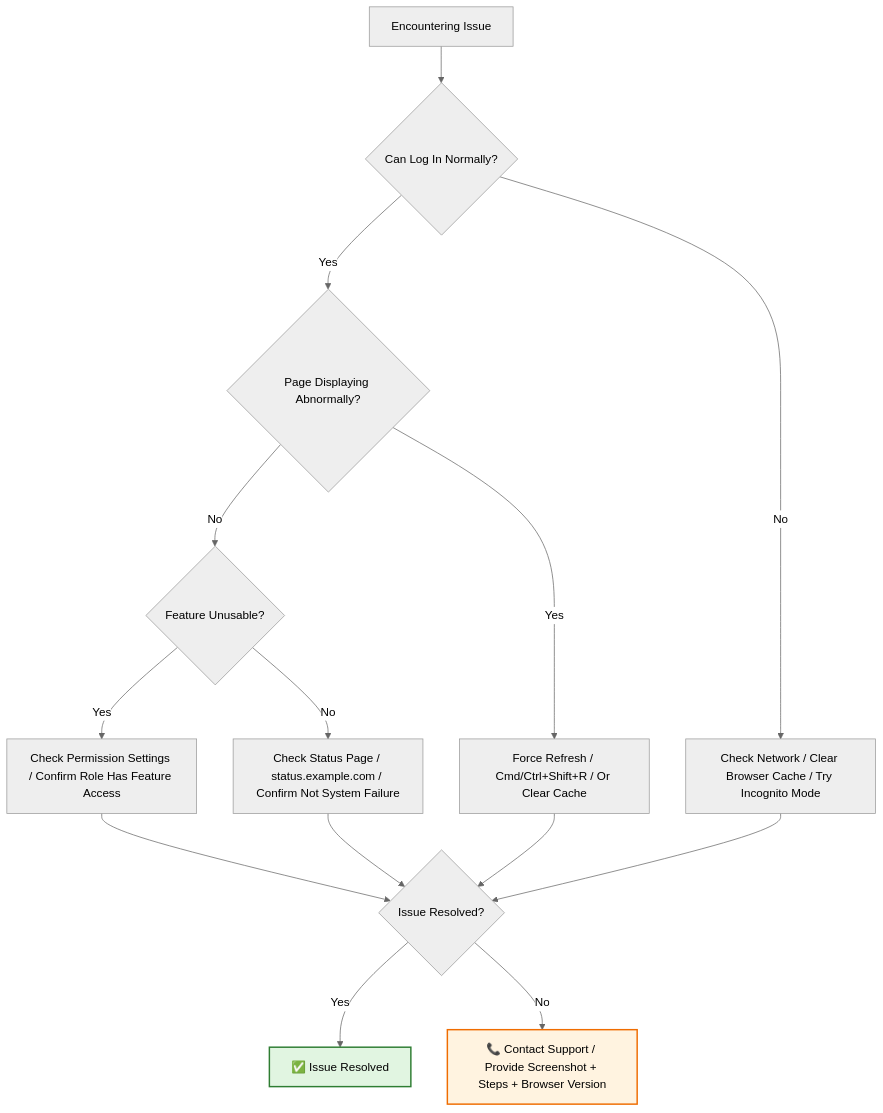
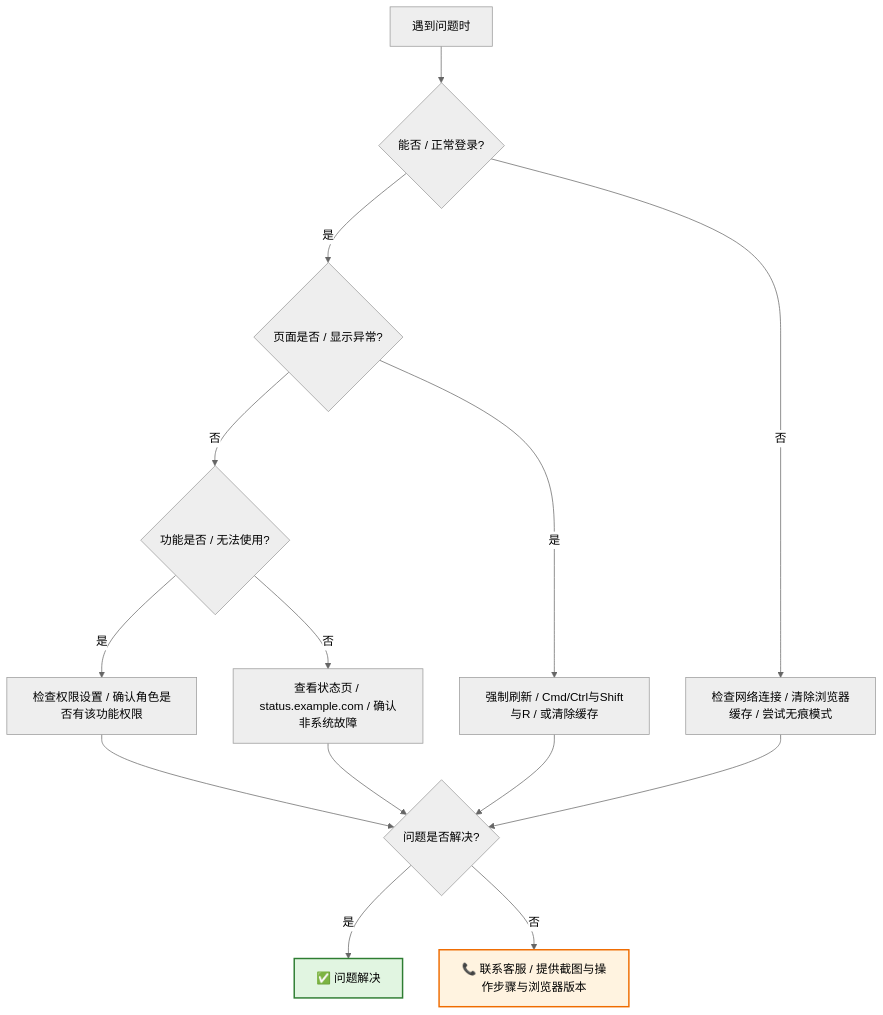
The seventh of 7 diagrams in templates/Product/Operations/Template-User-Guide.md (Kirky-X/cangjie), drawn with Mermaid (neutral theme) before and after one commit. The commit also changed other lines of this file and 33 other files, not shown here.

````diff
--- a/templates/Product/Operations/Template-User-Guide.md
+++ b/templates/Product/Operations/Template-User-Guide.md
@@ -451,19 +464,19 @@
 ```mermaid
 flowchart TD
-    A[Encountering Issue] --> B{Can Log In Normally?}
-    B -->|No| C[Check Network / Clear Browser Cache / Try Incognito Mode]
-    B -->|Yes| D{Page Displaying Abnormally?}
-    D -->|Yes| E[Force Refresh / Cmd/Ctrl+Shift+R / Or Clear Cache]
-    D -->|No| F{Feature Unusable?}
-    F -->|Yes| G[Check Permission Settings / Confirm Role Has Feature Access]
-    F -->|No| H[Check Status Page / status.example.com / Confirm Not System Failure]
-    G --> I{Issue Resolved?}
+    A[遇到问题时] --> B{能否 / 正常登录?}
+    B -->|否| C[检查网络连接 / 清除浏览器缓存 / 尝试无痕模式]
+    B -->|是| D{页面是否 / 显示异常?}
+    D -->|是| E[强制刷新 / Cmd/Ctrl与Shift与R / 或清除缓存]
+    D -->|否| F{功能是否 / 无法使用?}
+    F -->|是| G[检查权限设置 / 确认角色是否有该功能权限]
+    F -->|否| H[查看状态页 / status.example.com / 确认非系统故障]
+    G --> I{问题是否解决?}
     H --> I
     E --> I
     C --> I
-    I -->|Yes| J[✅ Issue Resolved]
-    I -->|No| K[📞 Contact Support / Provide Screenshot + Steps + Browser Version]
+    I -->|是| J[✅ 问题解决]
+    I -->|否| K[📞 联系客服 / 提供截图与操作步骤与浏览器版本]
 
     style J fill:#e1f5e1,stroke:#2e7d32,stroke-width:2px
     style K fill:#fff3e0,stroke:#ef6c00,stroke-width:2px
 ```
````
